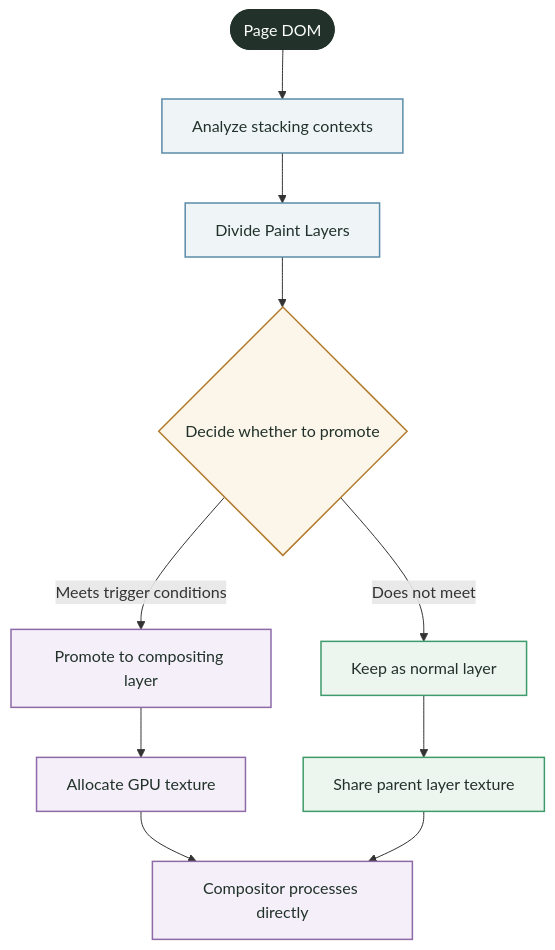
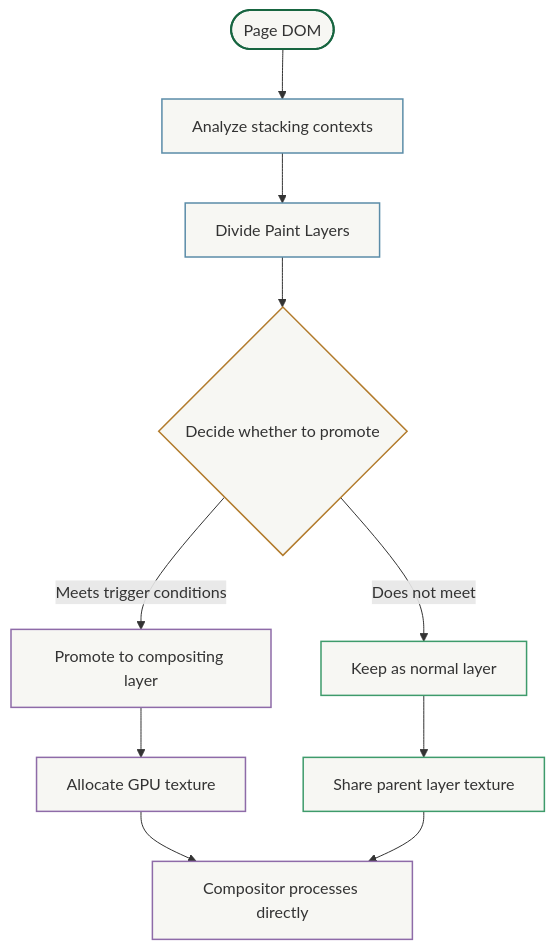
Before and after one commit to Fatejian/frontier-vault: the first of 3 diagrams in docs/en/browser/painting-rasterization.md, drawn with Mermaid. The commit also changed other lines of this file and 65 other files, not shown here.

First line of the commit message:
fix(theme): unify mermaid chart palette and remove solid core fills

````diff
--- a/docs/en/browser/painting-rasterization.md
+++ b/docs/en/browser/painting-rasterization.md
@@ -159,24 +159,24 @@
 ```mermaid
 flowchart TB
     Start([Page DOM]) --> Stack[Analyze stacking contexts]
     Stack --> PaintLayer[Divide Paint Layers]
     PaintLayer --> Promote{Decide whether to promote}
     Promote -->|Meets trigger conditions| Compositing[Promote to compositing layer]
     Promote -->|Does not meet| Software[Keep as normal layer]
     Compositing --> GPU[Allocate GPU texture]
     Software --> Shared[Share parent layer texture]
     GPU --> Composite2[Compositor processes directly]
     Shared --> Composite2
 
-    classDef core fill:#22322B,color:#fff,stroke:#22322B,stroke-width:2px;
-    classDef wait fill:#EFF5F7,stroke:#5B8CA8,color:#22322B,stroke-width:1.5px;
-    classDef block fill:#FBF5EA,stroke:#B27B2C,color:#22322B,stroke-width:1.5px;
-    classDef metric fill:#F4EFF8,stroke:#8E6BA8,color:#22322B,stroke-width:1.5px;
-    classDef work fill:#EDF5EF,stroke:#3E9B6B,color:#22322B,stroke-width:1.5px;
+    classDef core fill:#F7F7F3,stroke:#176540,stroke-width:2px;
+    classDef wait fill:#F7F7F3,stroke:#5B8CA8,stroke-width:1.5px;
+    classDef block fill:#F7F7F3,stroke:#B27B2C,stroke-width:1.5px;
+    classDef metric fill:#F7F7F3,stroke:#8E6BA8,stroke-width:1.5px;
+    classDef work fill:#F7F7F3,stroke:#3E9B6B,stroke-width:1.5px;
 
     class Start core;
     class Stack,PaintLayer wait;
     class Promote block;
     class Compositing,GPU,Composite2 metric;
     class Software,Shared work;
 ```
````
